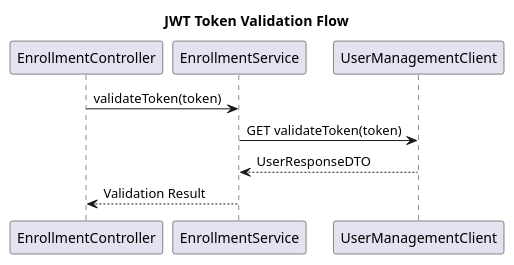
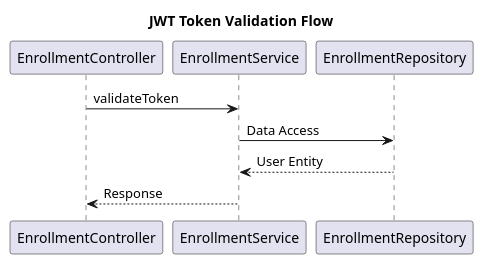
Before and after one commit to Dinesh-s95/AutoDoc.ai: the third of 6 diagrams in enrollment/documentation/detaileddesign.adoc, drawn with PlantUML. The commit also changed other lines of this file and 16 other files, not shown here.

```diff
--- a/enrollment/documentation/detaileddesign.adoc
+++ b/enrollment/documentation/detaileddesign.adoc
@@ -134,9 +127,9 @@
-[plantuml, runtime-sequence]
+[plantuml, runtime-view]
 ----
 title JWT Token Validation Flow
-
-EnrollmentController -> EnrollmentService: validateToken(token)
-EnrollmentService -> UserManagementClient: GET validateToken(token)
-UserManagementClient --> EnrollmentService: UserResponseDTO
-EnrollmentService --> EnrollmentController: Validation Result
+participant EnrollmentController
+EnrollmentController -> EnrollmentService: validateToken
+EnrollmentService -> EnrollmentRepository: Data Access
+EnrollmentRepository --> EnrollmentService: User Entity
+EnrollmentService --> EnrollmentController: Response
 ----
```
